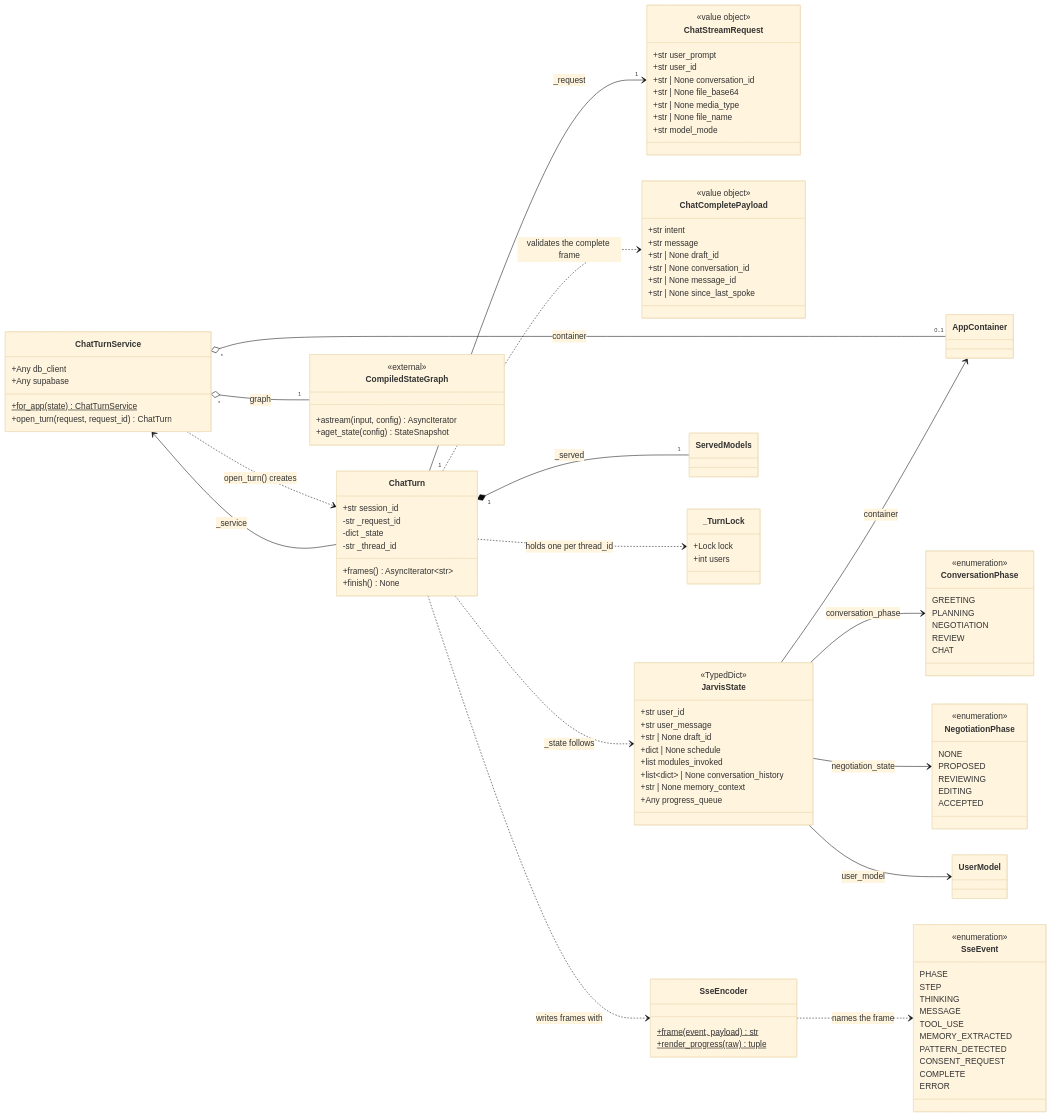
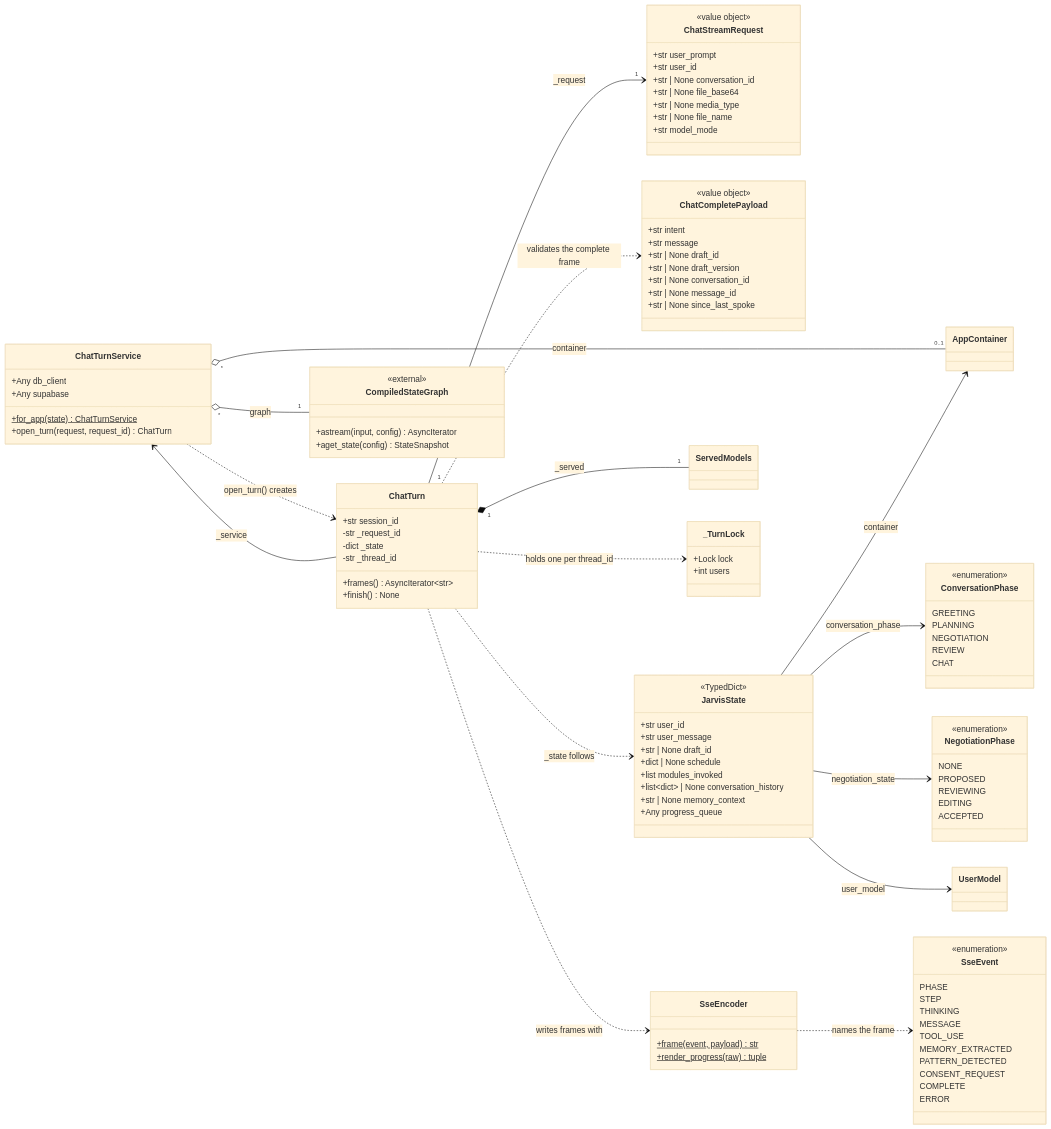
Before and after one commit to HackHeroic/Jarvis-Engine: the tenth of 15 diagrams in docs/capstone/03-class-diagrams.md, drawn with Mermaid (base theme). The commit also changed other lines of this file and 11 other files, not shown here.

```diff
--- a/docs/capstone/03-class-diagrams.md
+++ b/docs/capstone/03-class-diagrams.md
@@ -1212,6 +1212,7 @@
         +str intent
         +str message
         +str | None draft_id
+        +str | None draft_version
         +str | None conversation_id
         +str | None message_id
         +str | None since_last_spoke
```
